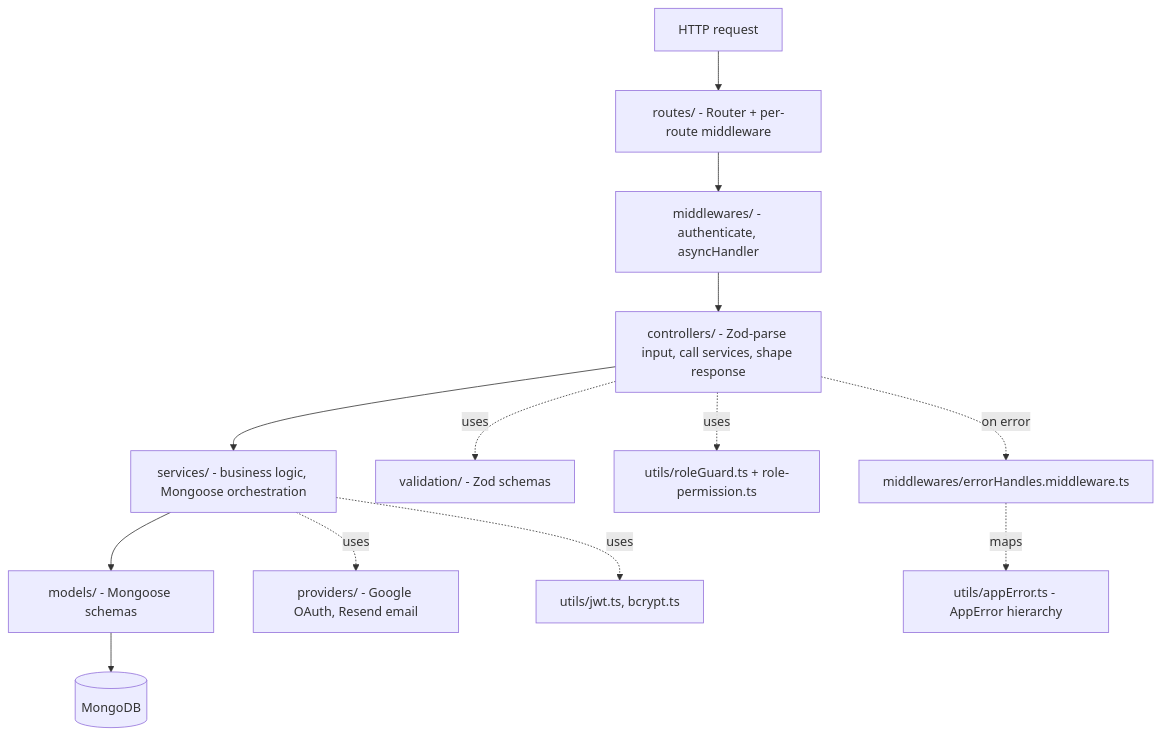
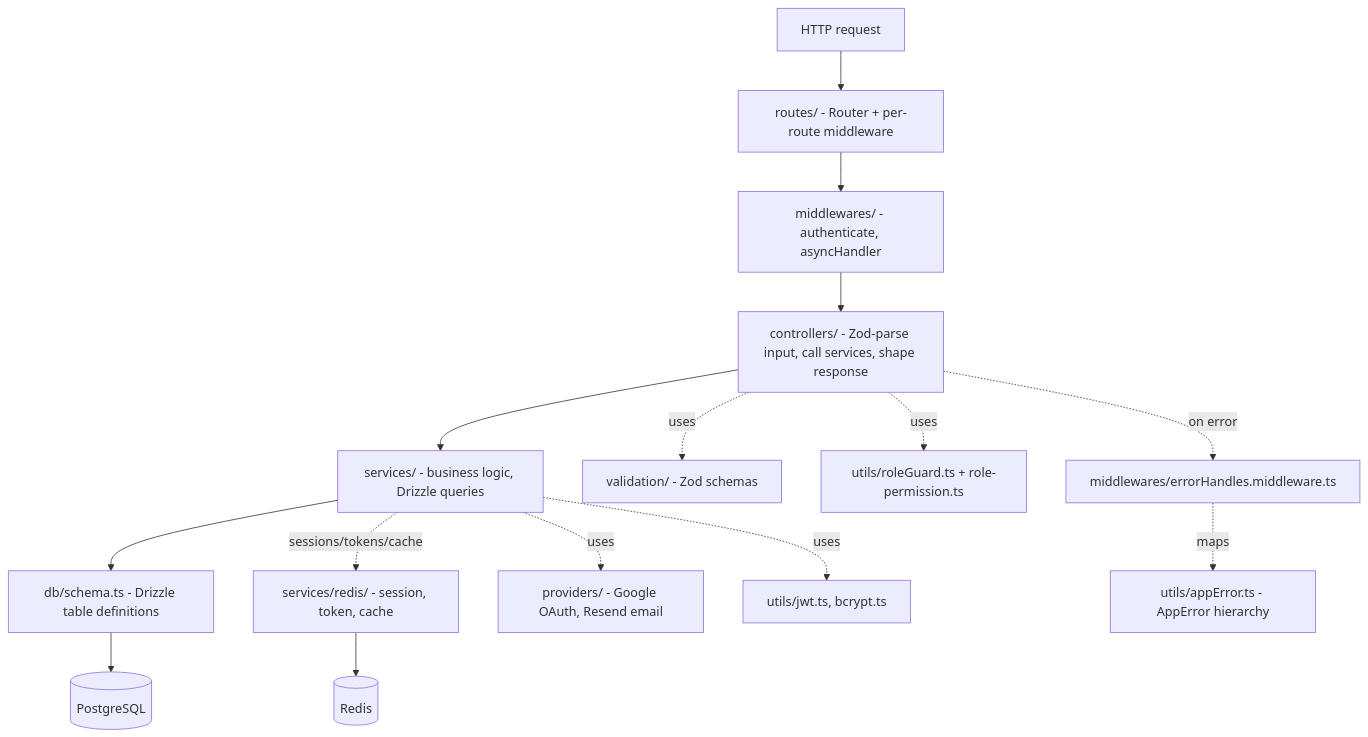
The diagram in docs/backend/00-master-backend-architecture.md (madhur-banger/AstriX), drawn with Mermaid before and after one commit. The commit also changed other lines of this file and 140 other files, not shown here.

````diff
--- a/docs/backend/00-master-backend-architecture.md
+++ b/docs/backend/00-master-backend-architecture.md
@@ -11,16 +13,18 @@
 ```mermaid
 flowchart TD
     Req[HTTP request] --> Routes[routes/ - Router + per-route middleware]
     Routes --> MW[middlewares/ - authenticate, asyncHandler]
     MW --> Ctrl[controllers/ - Zod-parse input, call services, shape response]
-    Ctrl --> Svc[services/ - business logic, Mongoose orchestration]
-    Svc --> Models[models/ - Mongoose schemas]
-    Models --> DB[(MongoDB)]
+    Ctrl --> Svc[services/ - business logic, Drizzle queries]
+    Svc --> Schema[db/schema.ts - Drizzle table definitions]
+    Schema --> PG[(PostgreSQL)]
+    Svc -.sessions/tokens/cache.-> Redis[services/redis/ - session, token, cache]
+    Redis --> RedisDB[(Redis)]
 
     Ctrl -.uses.-> Val[validation/ - Zod schemas]
     Ctrl -.uses.-> RG[utils/roleGuard.ts + role-permission.ts]
     Svc -.uses.-> Prov[providers/ - Google OAuth, Resend email]
     Svc -.uses.-> JWT[utils/jwt.ts, bcrypt.ts]
     Ctrl -.on error.-> EH[middlewares/errorHandles.middleware.ts]
     EH -.maps.-> AppErr[utils/appError.ts - AppError hierarchy]
 ```
````
